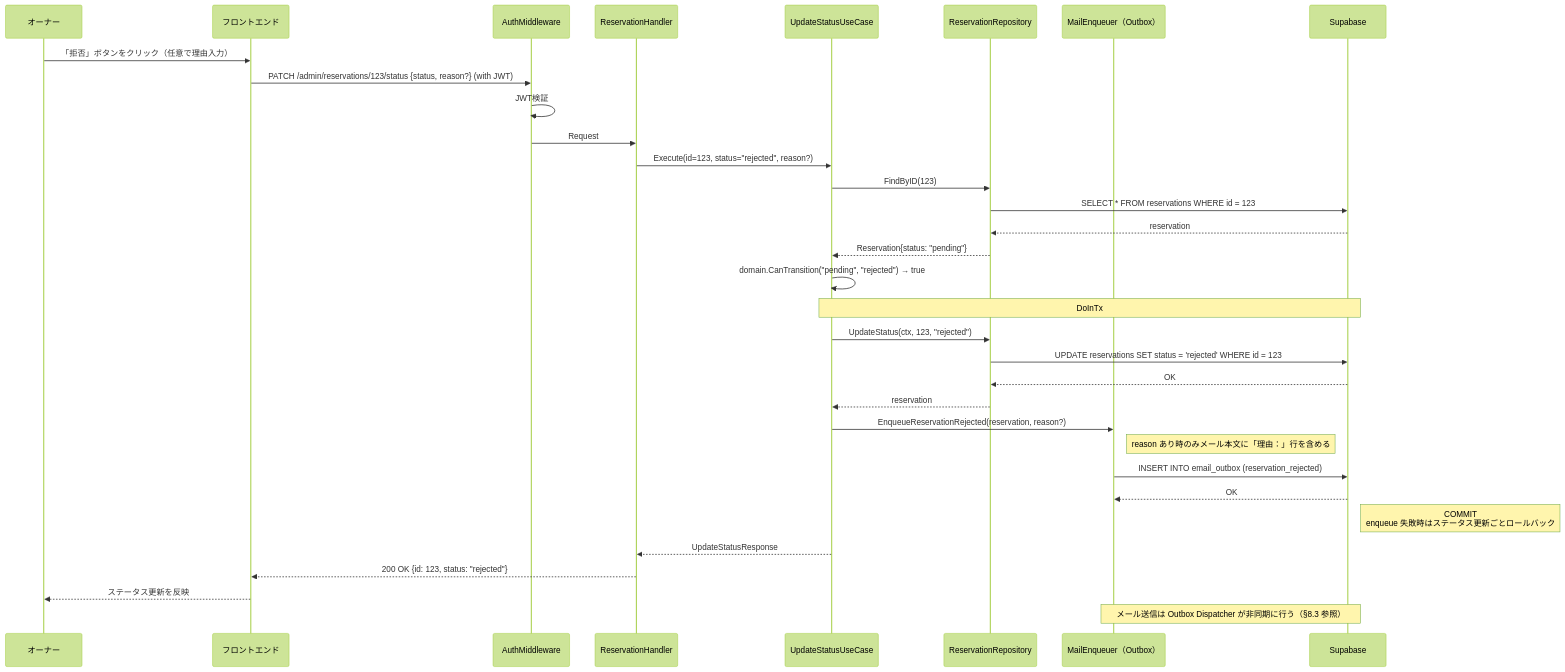
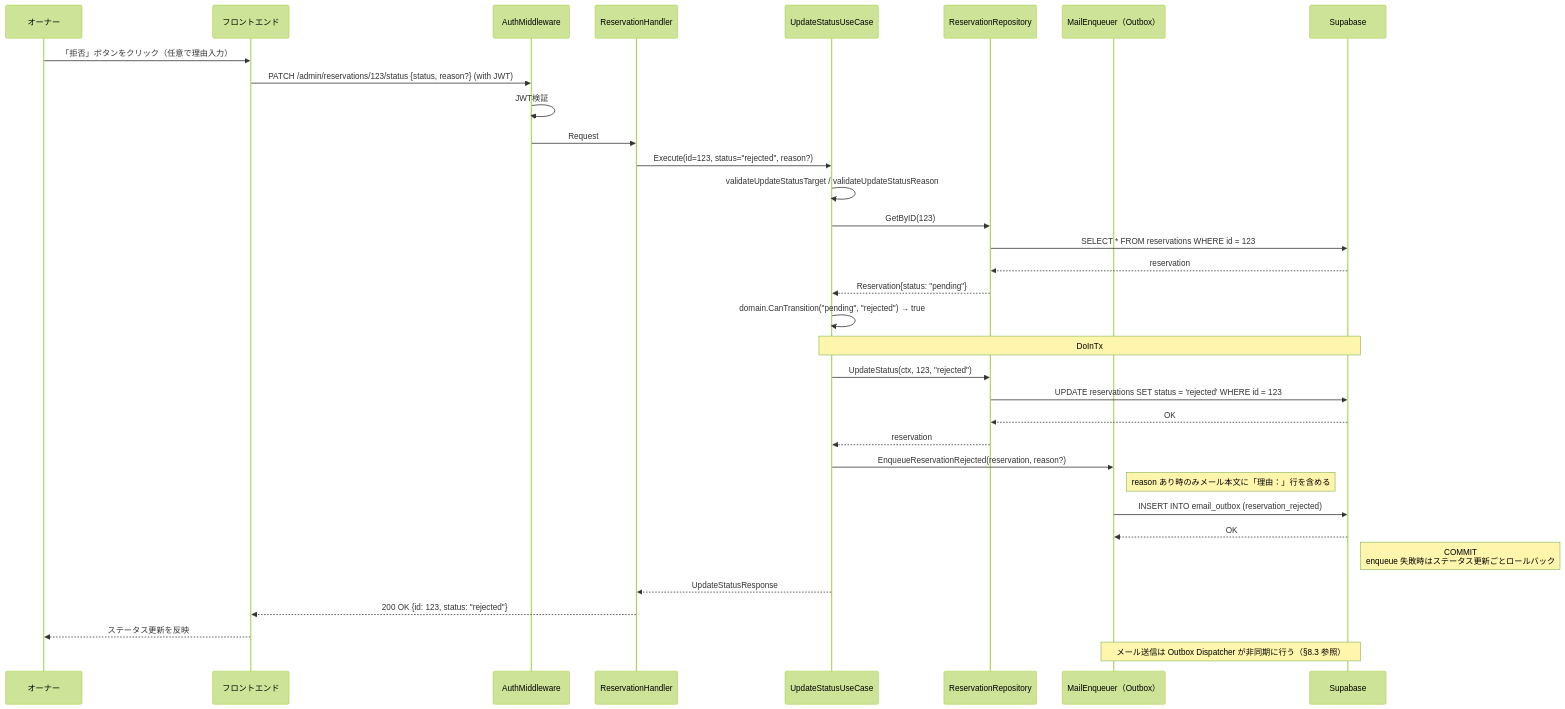
Before and after one commit to cergijame101007/satehits: the ninth of 15 diagrams in docs/sequence.md, drawn with Mermaid (forest theme). The commit also changed other lines of this file, not shown here.

Commit message:
docs: シーケンス図の残りのメソッド名を実装に揃える

````diff
--- a/docs/sequence.md
+++ b/docs/sequence.md
@@ -390,44 +392,46 @@
 ```mermaid
 sequenceDiagram
     participant Owner as オーナー
     participant Frontend as フロントエンド
     participant Middleware as AuthMiddleware
     participant Handler as ReservationHandler
     participant UseCase as UpdateStatusUseCase
     participant ReservationRepo as ReservationRepository
     participant Outbox as MailEnqueuer（Outbox）
     participant DB as Supabase
 
     Owner->>Frontend: 「拒否」ボタンをクリック（任意で理由入力）
     Frontend->>Middleware: PATCH /admin/reservations/123/status {status, reason?} (with JWT)
     
     Middleware->>Middleware: JWT検証
     Middleware->>Handler: Request
     
     Handler->>UseCase: Execute(id=123, status="rejected", reason?)
     
-    UseCase->>ReservationRepo: FindByID(123)
+    UseCase->>UseCase: validateUpdateStatusTarget / validateUpdateStatusReason
+    
+    UseCase->>ReservationRepo: GetByID(123)
     ReservationRepo->>DB: SELECT * FROM reservations WHERE id = 123
     DB-->>ReservationRepo: reservation
     ReservationRepo-->>UseCase: Reservation{status: "pending"}
     
     UseCase->>UseCase: domain.CanTransition("pending", "rejected") → true
     
     Note over UseCase,DB: DoInTx
     UseCase->>ReservationRepo: UpdateStatus(ctx, 123, "rejected")
     ReservationRepo->>DB: UPDATE reservations SET status = 'rejected' WHERE id = 123
     DB-->>ReservationRepo: OK
     ReservationRepo-->>UseCase: reservation
     
     UseCase->>Outbox: EnqueueReservationRejected(reservation, reason?)
     Note right of Outbox: reason あり時のみメール本文に「理由：」行を含める
     Outbox->>DB: INSERT INTO email_outbox (reservation_rejected)
     DB-->>Outbox: OK
     Note right of DB: COMMIT<br>enqueue 失敗時はステータス更新ごとロールバック
     
     UseCase-->>Handler: UpdateStatusResponse
     Handler-->>Frontend: 200 OK {id: 123, status: "rejected"}
     Frontend-->>Owner: ステータス更新を反映
 
     Note over Outbox,DB: メール送信は Outbox Dispatcher が非同期に行う（§8.3 参照）
 ```
````
